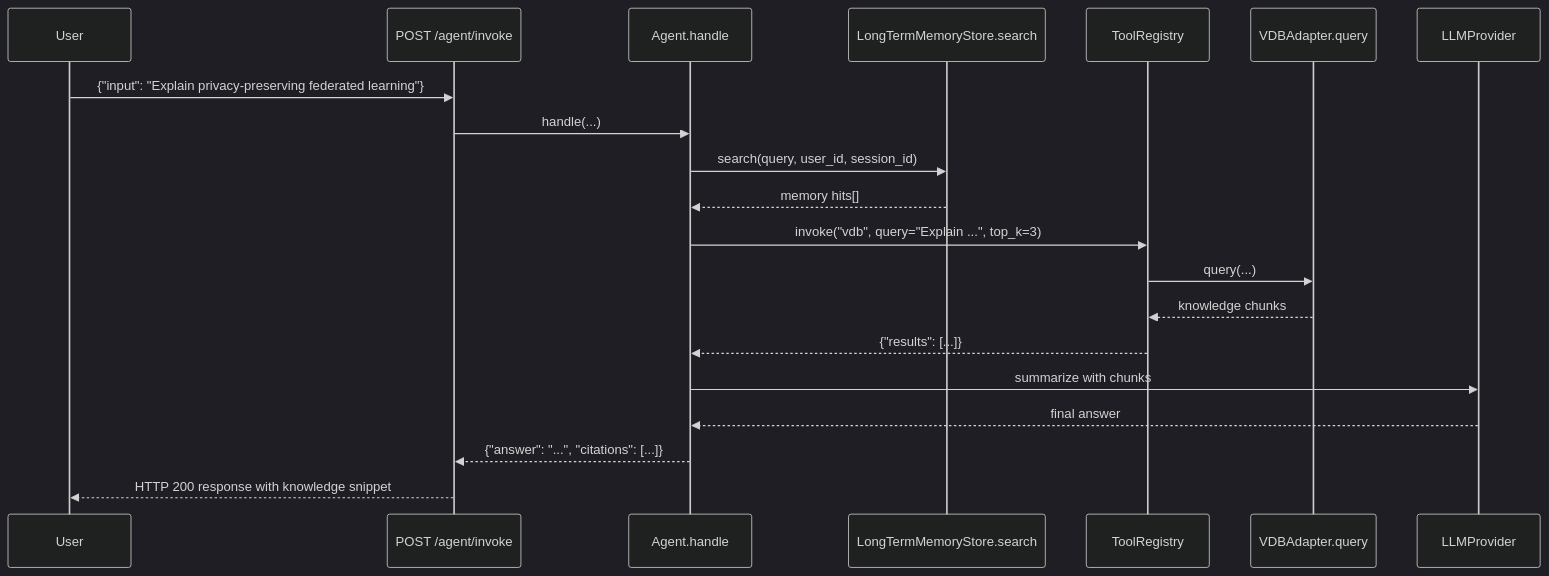
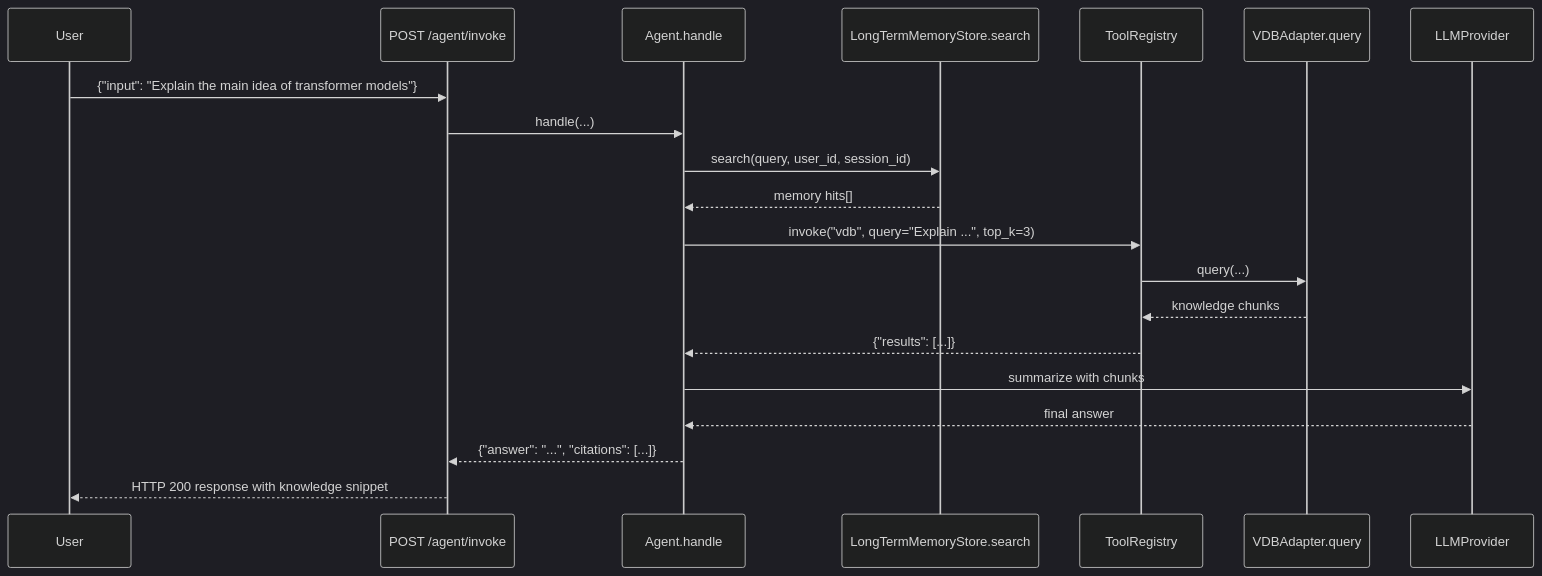
The fifth of 5 diagrams in design_report.md (JiangXue0820/agentic_ai_chatbot), drawn with Mermaid (dark theme) before and after one commit. The commit also changed other lines of this file and 4 other files, not shown here.

````diff
--- a/design_report.md
+++ b/design_report.md
@@ -623,23 +629,23 @@
 ```mermaid
 sequenceDiagram
     participant User
     participant API as POST /agent/invoke
     participant Agent as Agent.handle
     participant LongMem as LongTermMemoryStore.search
     participant Tools as ToolRegistry
     participant VDB as VDBAdapter.query
     participant LLM as LLMProvider
 
-    User->>API: {"input": "Explain privacy-preserving federated learning"}
+    User->>API: {"input": "Explain the main idea of transformer models"}
     API->>Agent: handle(...)
     Agent->>LongMem: search(query, user_id, session_id)
     LongMem-->>Agent: memory hits[]
     Agent->>Tools: invoke("vdb", query="Explain ...", top_k=3)
     Tools->>VDB: query(...)
     VDB-->>Tools: knowledge chunks
     Tools-->>Agent: {"results": [...]}
     Agent->>LLM: summarize with chunks
     LLM-->>Agent: final answer
     Agent-->>API: {"answer": "...", "citations": [...]}
     API-->>User: HTTP 200 response with knowledge snippet
 ```
````
